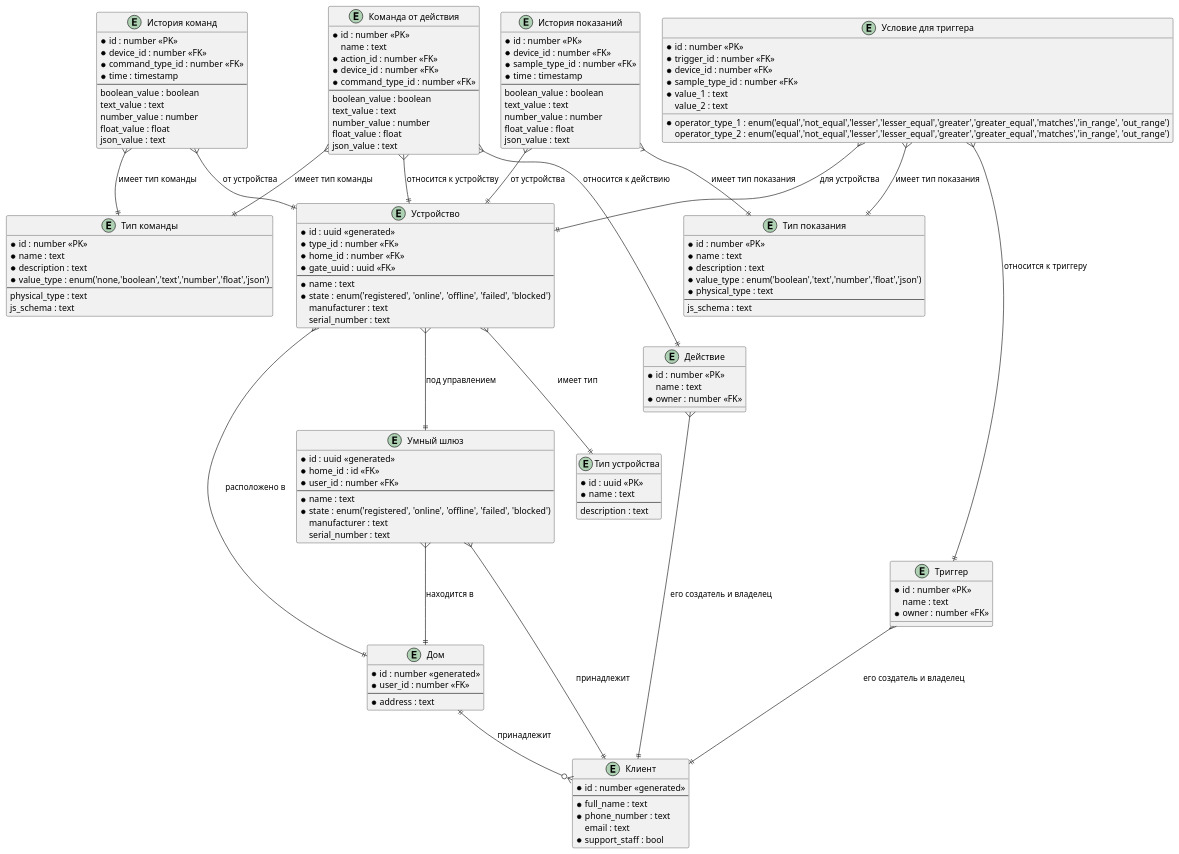
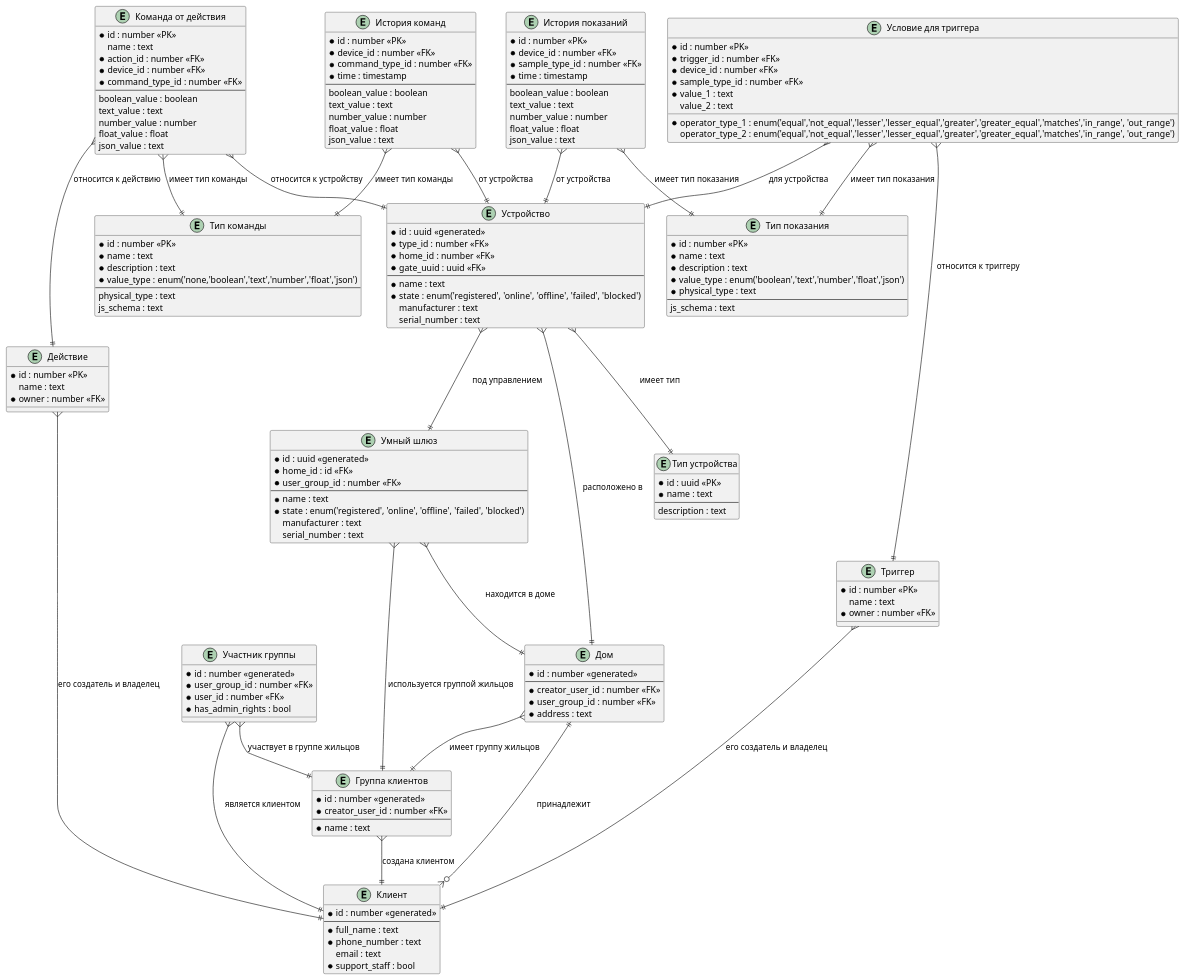
One commit to rybamaxik/architecture-sprint-3 changed the diagram in plantuml/c4_ER_diagram.puml. Above: the diagram before and after it, drawn with PlantUML. The commit also changed 3 other files, not shown here.

Commit message:
Дом и умный шлюз на ER-диаграмме теперь управляются новой сущностью - группой клиентов(жильцов), добавлен реверс-прокси для балансировки HTTP запросов на фронты, добавлен забытый ранее микрофронт регистрации и аутентификации

```diff
--- a/plantuml/c4_ER_diagram.puml
+++ b/plantuml/c4_ER_diagram.puml
@@ -1,156 +1,178 @@
 @startuml
 
 entity "Клиент" as user {
     *id : number <<generated>>
     --
     *full_name : text
     *phone_number : text
     email : text
     *support_staff : bool
 }
 
+entity "Группа клиентов" as user_group {
+    *id : number <<generated>>
+    *creator_user_id : number <<FK>>
+    --
+    *name : text
+}
+
+entity "Участник группы" as group_participant {
+    *id : number <<generated>>
+    *user_group_id : number <<FK>>
+    *user_id : number <<FK>>
+    *has_admin_rights : bool
+}
+
 entity "Дом" as home {
     *id : number <<generated>>
-    *user_id : number <<FK>>
     --
+    *creator_user_id : number <<FK>>
+    *user_group_id : number <<FK>>
     *address : text
 }
 
 entity "Умный шлюз" as smarthomegate {
     *id : uuid <<generated>>
     *home_id : id <<FK>>
-    *user_id : number <<FK>>
+    *user_group_id : number <<FK>>
     --
     *name : text
     *state : enum('registered', 'online', 'offline', 'failed', 'blocked')
     manufacturer : text
     serial_number : text
 }
 
 entity "Тип устройства" as device_type {
     *id : uuid <<PK>>
     *name : text
     --
     description : text
 }
 
 entity "Устройство" as device {
     *id : uuid <<generated>>
     *type_id : number <<FK>>
     *home_id : number <<FK>>
     *gate_uuid : uuid <<FK>>
     --
     *name : text
     *state : enum('registered', 'online', 'offline', 'failed', 'blocked')
     manufacturer : text
     serial_number : text
 }
 
 entity "Тип команды" as command_type {
     *id : number <<PK>>
     *name : text
     *description : text
     *value_type : enum('none,'boolean','text','number','float','json')
     --
     physical_type : text
     js_schema : text
 }
 
 entity "Тип показания" as sample_type {
     *id : number <<PK>>
     *name : text
     *description : text
     *value_type : enum('boolean','text','number','float','json')
     *physical_type : text
     --
     js_schema : text
 }
 
 entity "История команд" as command_history {
     *id : number <<PK>>
     *device_id : number <<FK>>
     *command_type_id : number <<FK>>
     *time : timestamp
     --
     boolean_value : boolean
     text_value : text
     number_value : number
     float_value : float
     json_value : text
 }
 
 entity "История показаний" as samples_history {
     *id : number <<PK>>
     *device_id : number <<FK>>
     *sample_type_id : number <<FK>>
     *time : timestamp
     --
     boolean_value : boolean
     text_value : text
     number_value : number
     float_value : float
     json_value : text
 }
 
 entity "Триггер" as trigger {
     *id : number <<PK>>
     name : text
     *owner : number <<FK>>
 }
 
 entity "Условие для триггера" as trigger_condition {
     *id : number <<PK>>
     *trigger_id : number <<FK>>
     *device_id : number <<FK>>
     *sample_type_id : number <<FK>>
     *operator_type_1 : enum('equal','not_equal','lesser','lesser_equal','greater','greater_equal','matches','in_range', 'out_range')
     *value_1 : text
     operator_type_2 : enum('equal','not_equal','lesser','lesser_equal','greater','greater_equal','matches','in_range', 'out_range')
     value_2 : text
 }
 
 entity "Действие" as action {
     *id : number <<PK>>
     name : text
     *owner : number <<FK>>
 }
 
 entity "Команда от действия" as action_command {
     *id : number <<PK>>
     name : text
     *action_id : number <<FK>>
     *device_id : number <<FK>>
     *command_type_id : number <<FK>>
     --
     boolean_value : boolean
     text_value : text
     number_value : number
     float_value : float
     json_value : text
 }
 
 home ||--o{ user : "принадлежит"
-smarthomegate }--|| home : "находится в "
-smarthomegate }--|| user : "принадлежит"
+home }--|| user_group : "имеет группу жильцов"
+
+user_group }--|| user : "создана клиентом"
+
+smarthomegate }--|| home : "находится в доме"
+smarthomegate }--|| user_group : "используется группой жильцов"
+
+group_participant }--|| user : "является клиентом"
+group_participant }--|| user_group : "участвует в группе жильцов"
 
 device }--|| home : "расположено в"
 device }--|| device_type : "имеет тип"
 device }--|| smarthomegate : "под управлением"
 
 command_history }--|| command_type : "имеет тип команды"
 command_history }--|| device : "от устройства"
 
 samples_history }--|| sample_type : "имеет тип показания"
 samples_history }--|| device : "от устройства"
 
 trigger }--|| user : "его создатель и владелец"
 trigger_condition }--|| trigger : "относится к триггеру"
 trigger_condition }--|| device : "для устройства"
 trigger_condition }--|| sample_type : "имеет тип показания"
 
 action }--|| user : "его создатель и владелец"
 action_command }--|| action : "относится к действию"
 action_command }--|| device : "относится к устройству"
 action_command }--|| command_type: "имеет тип команды"
 
 @enduml
```
